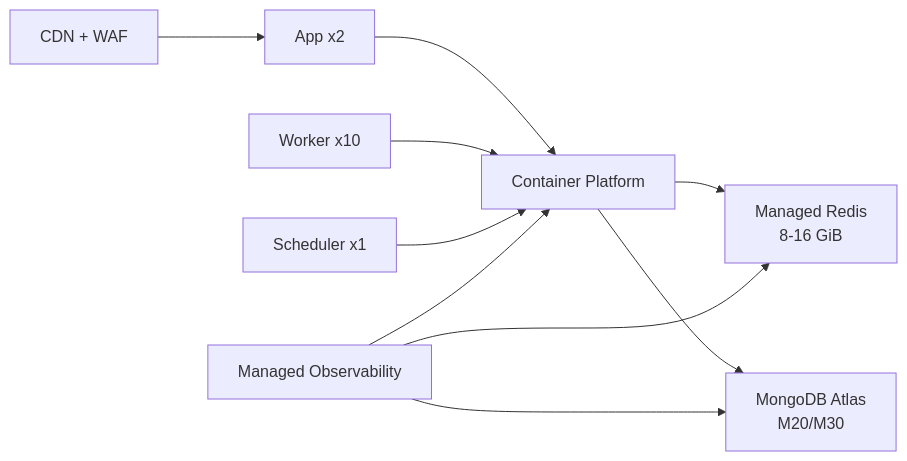
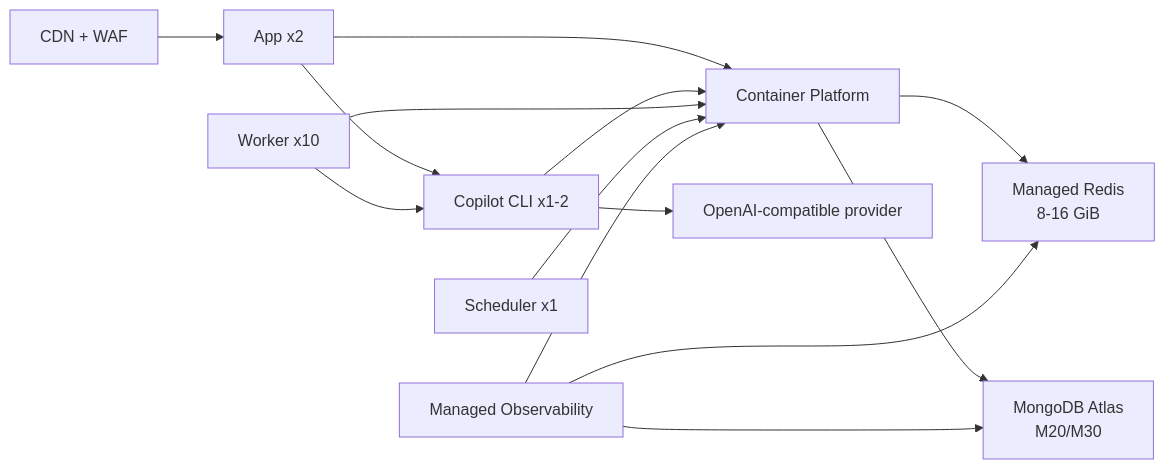
Before and after one commit to chunkai1312/temp: diagram 13 of 17 in production-resource-architecture-proposal.md, drawn with Mermaid. The commit also changed other lines of this file, not shown here.

````diff
--- a/production-resource-architecture-proposal.md
+++ b/production-resource-architecture-proposal.md
@@ -475,12 +555,16 @@
 ```mermaid
 flowchart LR
   APP["App x2"] --> COMPUTE["Container Platform"]
+  CLI["Copilot CLI x1-2"] --> COMPUTE
   WORKER["Worker x10"] --> COMPUTE
   SCHED["Scheduler x1"] --> COMPUTE
+  APP --> CLI
+  WORKER --> CLI
+  CLI --> PROVIDER["OpenAI-compatible provider"]
   COMPUTE --> REDIS["Managed Redis\n8-16 GiB"]
   COMPUTE --> MONGO["MongoDB Atlas\nM20/M30"]
   CDN["CDN + WAF"] --> APP
   OBS["Managed Observability"] --> COMPUTE
   OBS --> REDIS
   OBS --> MONGO
 ```
````
